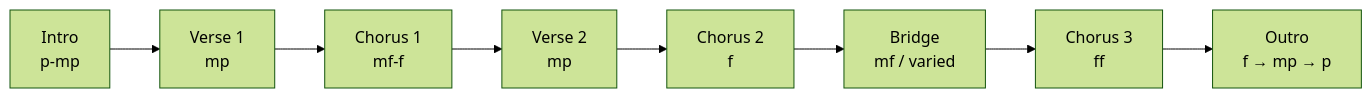
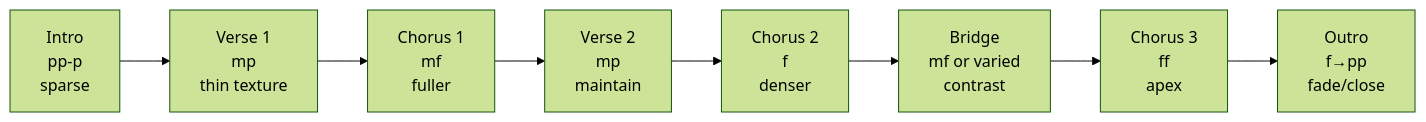
Before and after one commit to blebleblee/synapse: the fifth of 5 diagrams in topics/arts/composition/songwriting/lesson_01_song_structure.md, drawn with Mermaid (forest theme). The commit also changed other lines of this file and 4 other files, not shown here.

````diff
--- a/topics/arts/composition/songwriting/lesson_01_song_structure.md
+++ b/topics/arts/composition/songwriting/lesson_01_song_structure.md
@@ -98,10 +475,13 @@
 ```mermaid
 graph LR
-    A["Intro<br/>p-mp"] --> B["Verse 1<br/>mp"]
-    B --> C["Chorus 1<br/>mf-f"]
-    C --> D["Verse 2<br/>mp"]
-    D --> E["Chorus 2<br/>f"]
-    E --> F["Bridge<br/>mf / varied"]
-    F --> G["Chorus 3<br/>ff"]
-    G --> H["Outro<br/>f → mp → p"]
+    A["Intro<br/>pp-p<br/>sparse"] 
+    B["Verse 1<br/>mp<br/>thin texture"]
+    C["Chorus 1<br/>mf<br/>fuller"]
+    D["Verse 2<br/>mp<br/>maintain"]
+    E["Chorus 2<br/>f<br/>denser"]
+    F["Bridge<br/>mf or varied<br/>contrast"]
+    G["Chorus 3<br/>ff<br/>apex"]
+    H["Outro<br/>f→pp<br/>fade/close"]
+    
+    A --> B --> C --> D --> E --> F --> G --> H
 ```
````
